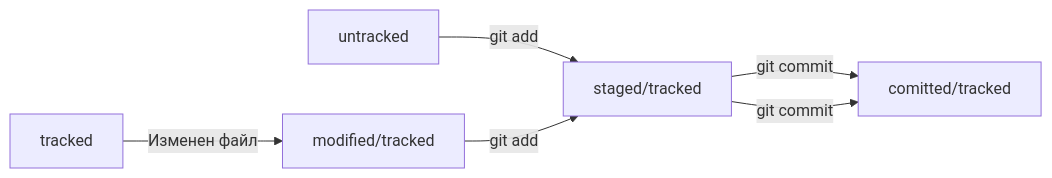
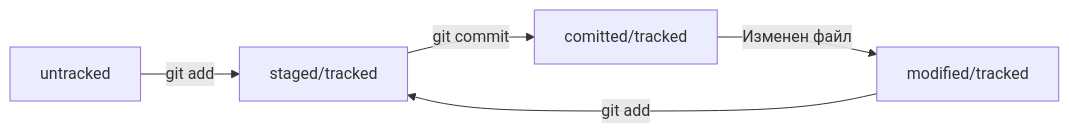
One commit to sarubaga05/tips-for-git changed the diagram in README.md. Above: the diagram before and after it, drawn with Mermaid.

Commit message:
Изменил схему в части про статусы файлов

````diff
--- a/README.md
+++ b/README.md
@@ -123,5 +123,5 @@
 ```mermaid
 graph LR;
-  untracked -- "git add" --> staged/tracked -- "git commit" --> comitted/tracked;
-  tracked -- "Изменен файл" --> modified/tracked -- "git add" --> staged/tracked -- "git commit" --> comitted/tracked;
+  untracked -- "git add" --> staged/tracked -- "git commit" --> comitted/tracked -- "Изменен файл" --> modified/tracked;
+  modified/tracked -- "git add" --> staged/tracked;
 ```
````
